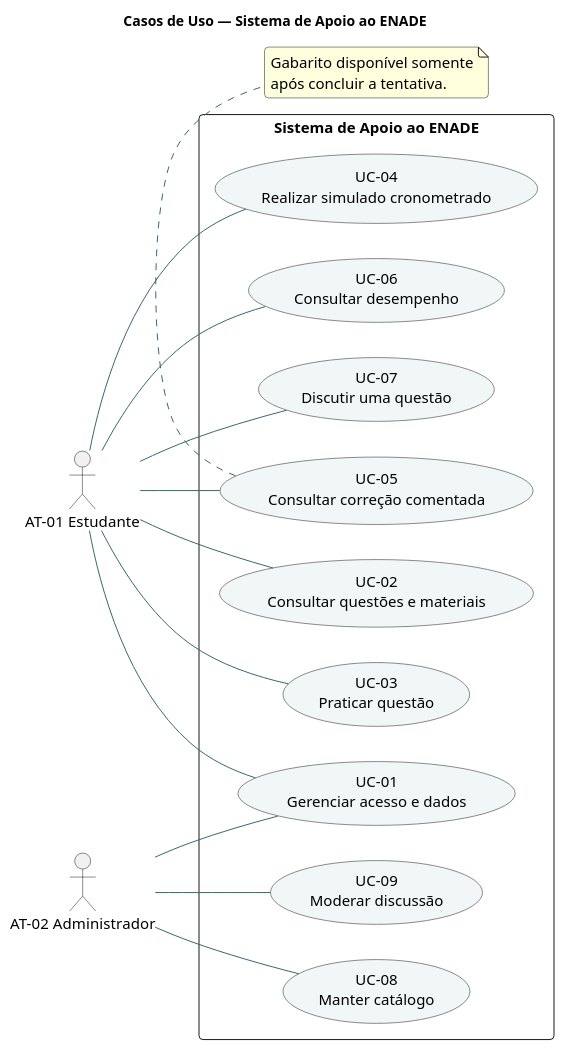
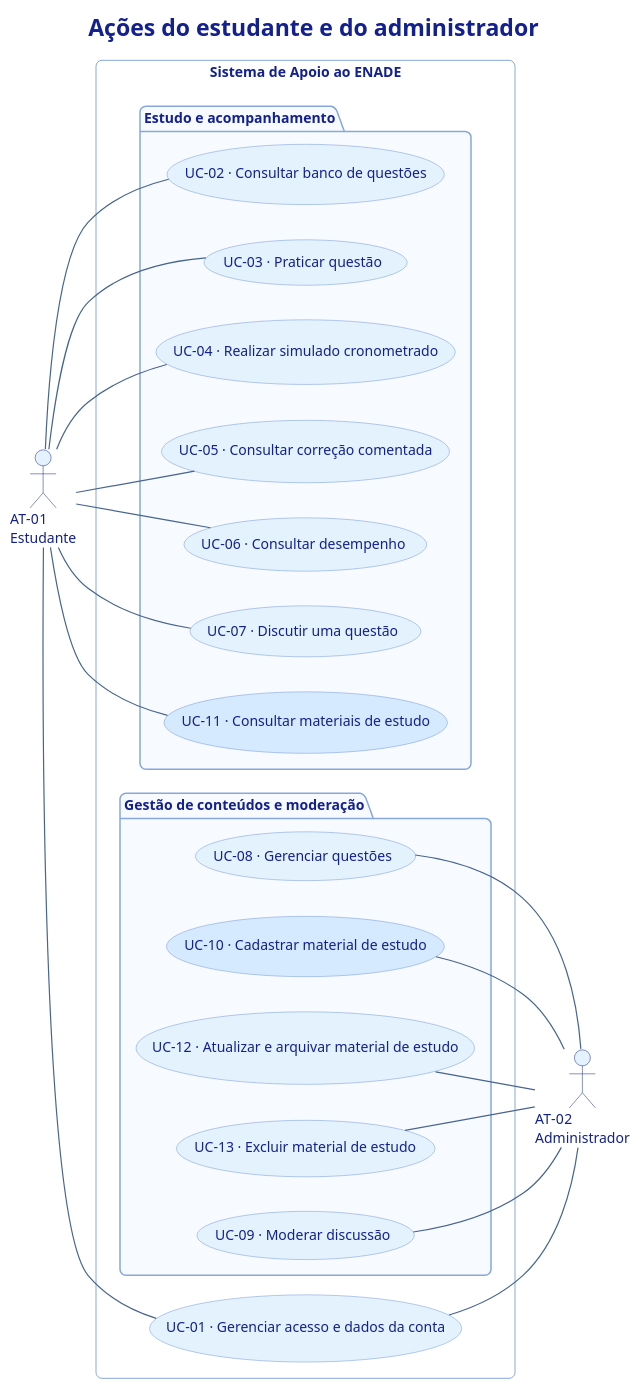
Before and after one commit to SamirMaia91/requisitos-20262--grupo2: the diagram in Requisitos/Artefatos/SistemaApoioENADE/UML/CasosDeUso.puml, drawn with PlantUML. The commit also changed 71 other files, not shown here.

```diff
--- a/Requisitos/Artefatos/SistemaApoioENADE/UML/CasosDeUso.puml
+++ b/Requisitos/Artefatos/SistemaApoioENADE/UML/CasosDeUso.puml
@@ -1,43 +1,81 @@
 @startuml
 skinparam backgroundColor #FFFFFF
-skinparam defaultFontName SansSerif
-skinparam defaultFontSize 15
+skinparam defaultFontName Arial
+skinparam defaultFontSize 14
+skinparam defaultFontColor #132190
+skinparam titleFontColor #132190
+skinparam titleFontSize 23
 skinparam shadowing false
-skinparam ArrowColor #346B68
-skinparam componentStyle uml2
-skinparam roundcorner 8
-skinparam classBackgroundColor #F1F7F6
-skinparam usecaseBackgroundColor #F1F7F6
-skinparam componentBackgroundColor #F1F7F6
-skinparam nodeBackgroundColor #F1F7F6
+skinparam ArrowColor #46658F
+skinparam ArrowThickness 1.2
+skinparam roundcorner 12
+skinparam BorderColor #87A8DE
+skinparam actorBorderColor #132190
+skinparam actorFontColor #132190
+skinparam actorBackgroundColor #E4F2FE
+skinparam packageBorderColor #87A8DE
+skinparam packageBackgroundColor #F7FAFF
+skinparam rectangleBorderColor #87A8DE
+skinparam rectangleBackgroundColor #FFFFFF
+skinparam usecaseBorderColor #7096D6
+skinparam usecaseBackgroundColor #E4F2FE
+skinparam classBackgroundColor #F4F8FE
+skinparam classBorderColor #7096D6
+skinparam componentBackgroundColor #E4F2FE
+skinparam componentBorderColor #7096D6
+skinparam nodeBackgroundColor #F4F8FE
+skinparam nodeBorderColor #7096D6
+skinparam databaseBackgroundColor #E4F2FE
+skinparam databaseBorderColor #7096D6
+skinparam noteBackgroundColor #F7FAFF
+skinparam noteBorderColor #87A8DE
+skinparam sequenceGroupBorderColor #87A8DE
+skinparam sequenceGroupBackgroundColor #E4F2FE
+skinparam sequenceLifeLineBorderColor #87A8DE
+skinparam sequenceParticipantBorderColor #7096D6
+skinparam sequenceParticipantBackgroundColor #E4F2FE
 skinparam sequenceMessageAlign center
-title Casos de Uso — Sistema de Apoio ao ENADE
+skinparam activityBackgroundColor #E4F2FE
+skinparam activityBorderColor #7096D6
+skinparam activityDiamondBackgroundColor #F4F8FE
+skinparam activityDiamondBorderColor #7096D6
+skinparam activityStartColor #004AF7
+skinparam activityEndColor #132190
+title Ações do estudante e do administrador
 left to right direction
-actor "AT-01 Estudante" as E
-actor "AT-02 Administrador" as A
+actor "AT-01\nEstudante" as E
+actor "AT-02\nAdministrador" as A
 rectangle "Sistema de Apoio ao ENADE" {
- usecase "UC-01\nGerenciar acesso e dados" as U1
- usecase "UC-02\nConsultar questões e materiais" as U2
- usecase "UC-03\nPraticar questão" as U3
- usecase "UC-04\nRealizar simulado cronometrado" as U4
- usecase "UC-05\nConsultar correção comentada" as U5
- usecase "UC-06\nConsultar desempenho" as U6
- usecase "UC-07\nDiscutir uma questão" as U7
- usecase "UC-08\nManter catálogo" as U8
- usecase "UC-09\nModerar discussão" as U9
+ package "Estudo e acompanhamento" {
+  usecase "UC-02 · Consultar banco de questões" as U02
+  usecase "UC-03 · Praticar questão" as U03
+  usecase "UC-04 · Realizar simulado cronometrado" as U04
+  usecase "UC-05 · Consultar correção comentada" as U05
+  usecase "UC-06 · Consultar desempenho" as U06
+  usecase "UC-07 · Discutir uma questão" as U07
+  usecase "UC-11 · Consultar materiais de estudo" as U11 #D5E9FF
+ }
+ usecase "UC-01 · Gerenciar acesso e dados da conta" as U01
+ package "Gestão de conteúdos e moderação" {
+  usecase "UC-08 · Gerenciar questões" as U08
+  usecase "UC-10 · Cadastrar material de estudo" as U10 #D5E9FF
+  usecase "UC-12 · Atualizar e arquivar material de estudo" as U12
+  usecase "UC-13 · Excluir material de estudo" as U13
+  usecase "UC-09 · Moderar discussão" as U09
+ }
 }
-E -- U1
-E -- U2
-E -- U3
-E -- U4
-E -- U5
-E -- U6
-E -- U7
-A -- U1
-A -- U8
-A -- U9
-note bottom of U5
-Gabarito disponível somente
-após concluir a tentativa.
-end note
+E -- U02
+E -- U03
+E -- U04
+E -- U05
+E -- U06
+E -- U07
+E -- U11
+E -- U01
+U01 -- A
+U08 -- A
+U10 -- A
+U12 -- A
+U13 -- A
+U09 -- A
 @enduml
```
